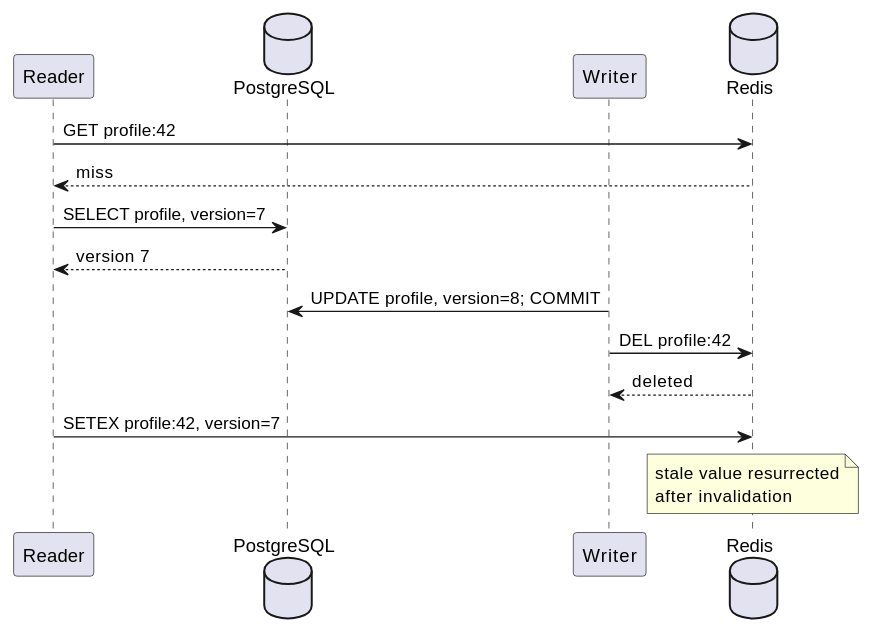
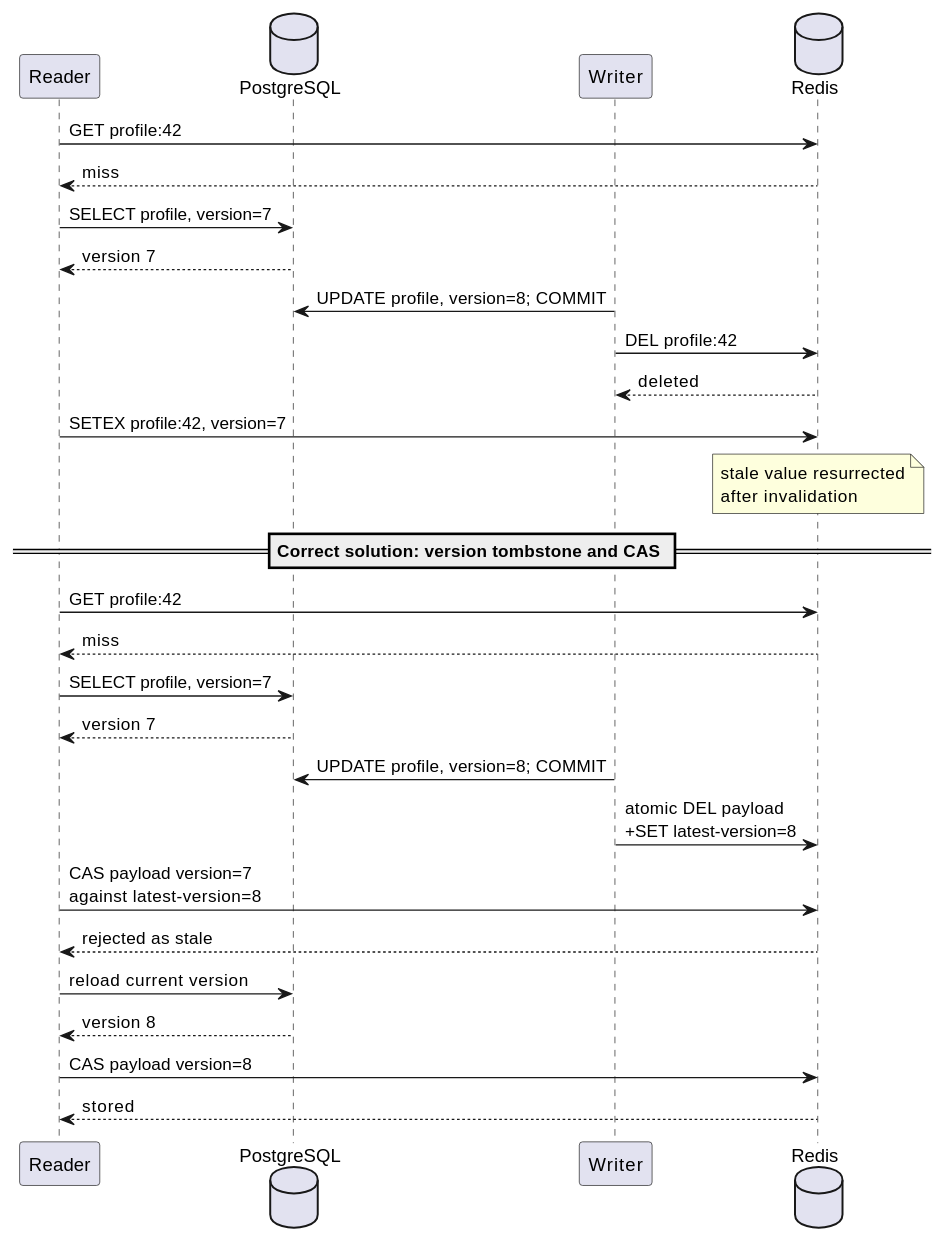
One commit to zizitop13/mock-interview-club-public changed the diagram in quizzes/system-design/cache-aside-stale-resurrection-explain.md. Above: the diagram before and after it, drawn with PlantUML.

Commit message:
docs: diagram cache version guard

````diff
--- a/quizzes/system-design/cache-aside-stale-resurrection-explain.md
+++ b/quizzes/system-design/cache-aside-stale-resurrection-explain.md
@@ -13,18 +13,33 @@
 ```plantuml
 @startuml
 participant Reader
 database PostgreSQL as DB
 participant Writer
 database Redis as Cache
 
 Reader -> Cache: GET profile:42
 Cache --> Reader: miss
 Reader -> DB: SELECT profile, version=7
 DB --> Reader: version 7
 Writer -> DB: UPDATE profile, version=8; COMMIT
 Writer -> Cache: DEL profile:42
 Cache --> Writer: deleted
 Reader -> Cache: SETEX profile:42, version=7
 note over Cache: stale value resurrected\nafter invalidation
+
+== Correct solution: version tombstone and CAS ==
+
+Reader -> Cache: GET profile:42
+Cache --> Reader: miss
+Reader -> DB: SELECT profile, version=7
+DB --> Reader: version 7
+Writer -> DB: UPDATE profile, version=8; COMMIT
+Writer -> Cache: atomic DEL payload\n+SET latest-version=8
+Reader -> Cache: CAS payload version=7\nagainst latest-version=8
+Cache --> Reader: rejected as stale
+Reader -> DB: reload current version
+DB --> Reader: version 8
+Reader -> Cache: CAS payload version=8
+Cache --> Reader: stored
 @enduml
 ```
````
